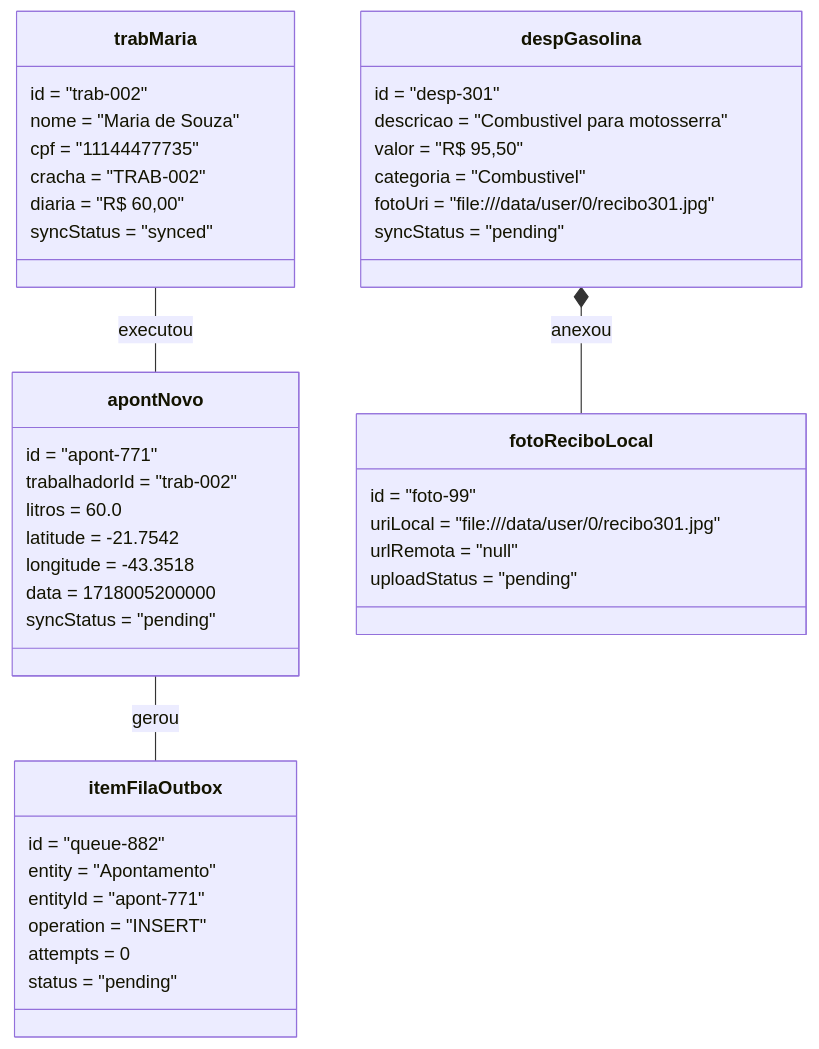
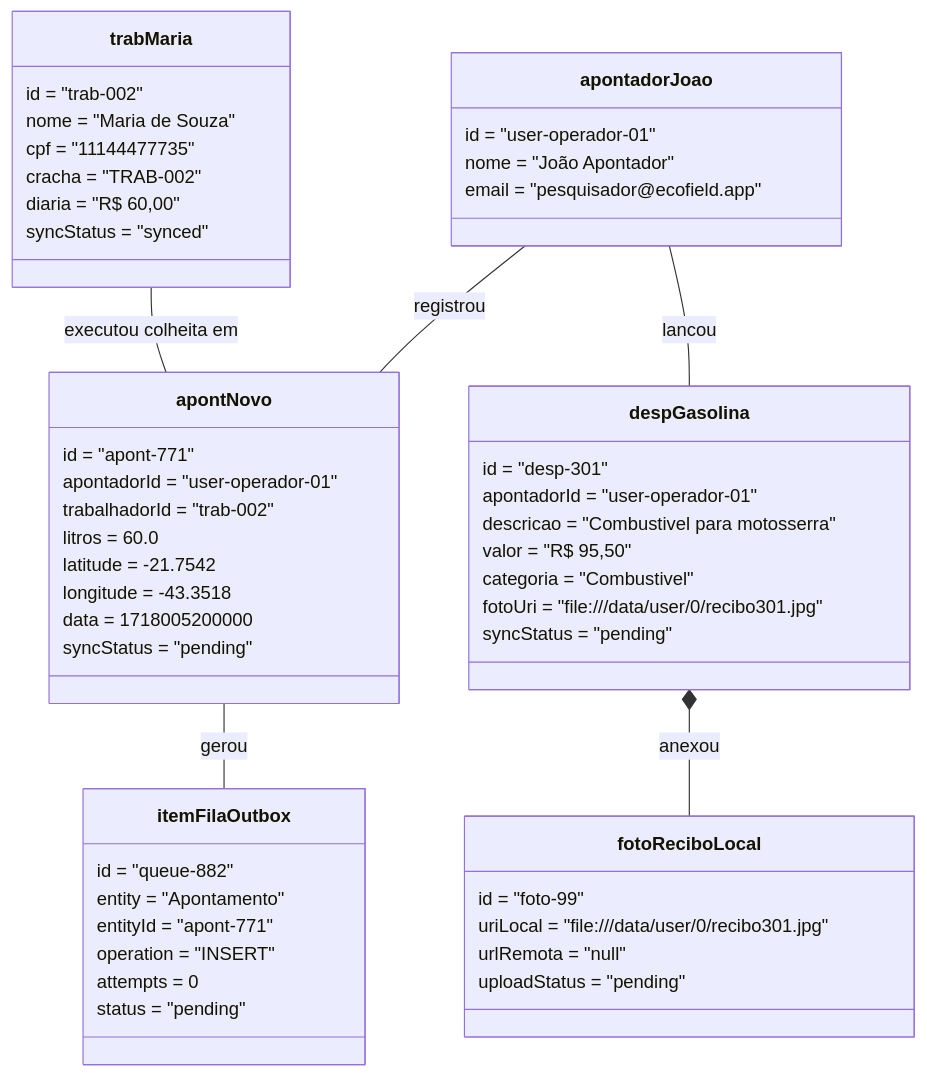
Before and after one commit to JoaoPedroScalioni/MOBILEEE: the fifth of 11 diagrams in docs/documento-software-mobile.md, drawn with Mermaid. The commit also changed other lines of this file, not shown here.

Commit message:
docs: ajustar DERs com apontador_id, sequencia Clean Arch, entidades DDD e nota react-native-maps

````diff
--- a/docs/documento-software-mobile.md
+++ b/docs/documento-software-mobile.md
@@ -586,50 +609,60 @@
 ```mermaid
 classDiagram
+    class apontadorJoao {
+        id = "user-operador-01"
+        nome = "João Apontador"
+        email = "pesquisador@ecofield.app"
+    }
+
     class trabMaria {
         id = "trab-002"
         nome = "Maria de Souza"
         cpf = "11144477735"
         cracha = "TRAB-002"
         diaria = "R$ 60,00"
         syncStatus = "synced"
     }
 
     class apontNovo {
         id = "apont-771"
+        apontadorId = "user-operador-01"
         trabalhadorId = "trab-002"
         litros = 60.0
         latitude = -21.7542
         longitude = -43.3518
         data = 1718005200000
         syncStatus = "pending"
     }
 
     class despGasolina {
         id = "desp-301"
+        apontadorId = "user-operador-01"
         descricao = "Combustivel para motosserra"
         valor = "R$ 95,50"
         categoria = "Combustivel"
         fotoUri = "file:///data/user/0/recibo301.jpg"
         syncStatus = "pending"
     }
 
     class fotoReciboLocal {
         id = "foto-99"
         uriLocal = "file:///data/user/0/recibo301.jpg"
         urlRemota = "null"
         uploadStatus = "pending"
     }
 
     class itemFilaOutbox {
         id = "queue-882"
         entity = "Apontamento"
         entityId = "apont-771"
         operation = "INSERT"
         attempts = 0
         status = "pending"
     }
 
-    trabMaria -- apontNovo : executou
+    apontadorJoao -- apontNovo : registrou
+    apontadorJoao -- despGasolina : lancou
+    trabMaria -- apontNovo : executou colheita em
     apontNovo -- itemFilaOutbox : gerou
     despGasolina *-- fotoReciboLocal : anexou
 ```
````
